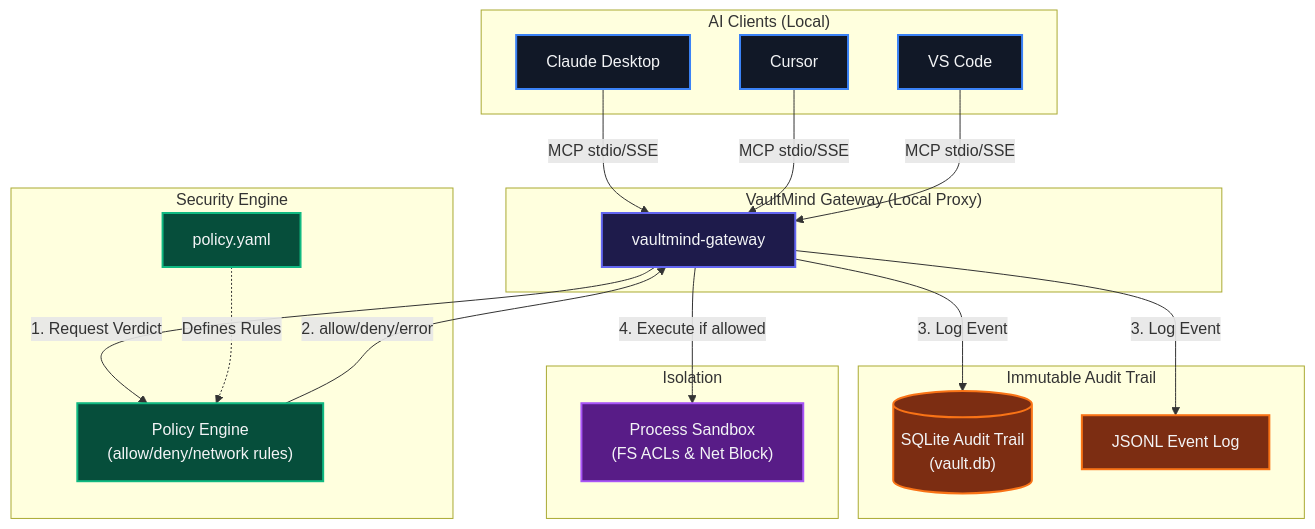
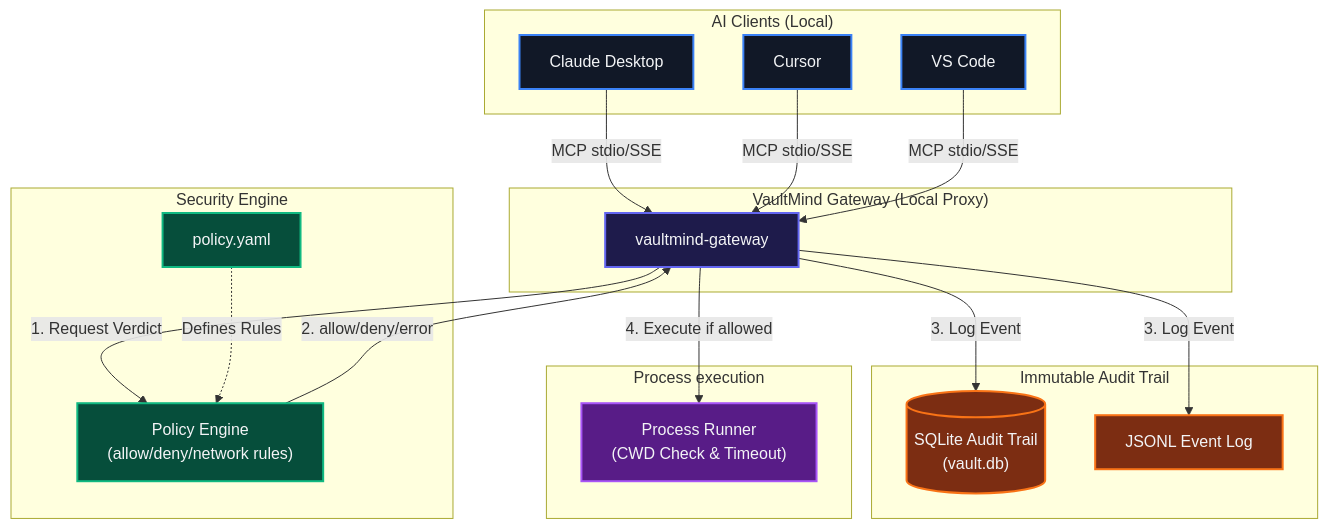
Before and after one commit to ik123a/VaultMind: the diagram in README.md, drawn with Mermaid. The commit also changed other lines of this file and 5 other files, not shown here.

````diff
--- a/README.md
+++ b/README.md
@@ -20,47 +20,47 @@
 ```mermaid
 flowchart TD
     subgraph Clients ["AI Clients (Local)"]
         Claude[Claude Desktop]
         Cursor[Cursor]
         VSCode[VS Code]
     end
 
     subgraph Gateway ["VaultMind Gateway (Local Proxy)"]
         VMGateway["vaultmind-gateway"]
     end
 
     subgraph Security ["Security Engine"]
         PolicyEngine["Policy Engine<br>(allow/deny/network rules)"]
         PolicyYaml["policy.yaml"]
     end
 
     subgraph Logs ["Immutable Audit Trail"]
         SQLite[("SQLite Audit Trail<br>(vault.db)")]
         JSONL["JSONL Event Log"]
     end
 
-    subgraph Sandbox ["Isolation"]
-        VMSandbox["Process Sandbox<br>(FS ACLs & Net Block)"]
+    subgraph Sandbox ["Process execution"]
+        VMSandbox["Process Runner<br>(CWD Check & Timeout)"]
     end
 
     %% Flow of Tool Calls
     Claude & Cursor & VSCode -->|MCP stdio/SSE| VMGateway
     VMGateway -->|1. Request Verdict| PolicyEngine
     PolicyYaml -.->|Defines Rules| PolicyEngine
     PolicyEngine -->|2. allow/deny/error| VMGateway
     VMGateway -->|3. Log Event| SQLite & JSONL
     VMGateway -->|4. Execute if allowed| VMSandbox
 
     %% Styling
     classDef client fill:#111827,stroke:#3b82f6,stroke-width:2px,color:#f3f4f6;
     classDef gw fill:#1e1b4b,stroke:#6366f1,stroke-width:2px,color:#f3f4f6;
     classDef engine fill:#064e3b,stroke:#10b981,stroke-width:2px,color:#f3f4f6;
     classDef audit fill:#7c2d12,stroke:#f97316,stroke-width:2px,color:#f3f4f6;
     classDef sand fill:#581c87,stroke:#a855f7,stroke-width:2px,color:#f3f4f6;
 
     class Claude,Cursor,VSCode client;
     class VMGateway gw;
     class PolicyEngine,PolicyYaml engine;
     class SQLite,JSONL audit;
     class VMSandbox sand;
 ```
````
